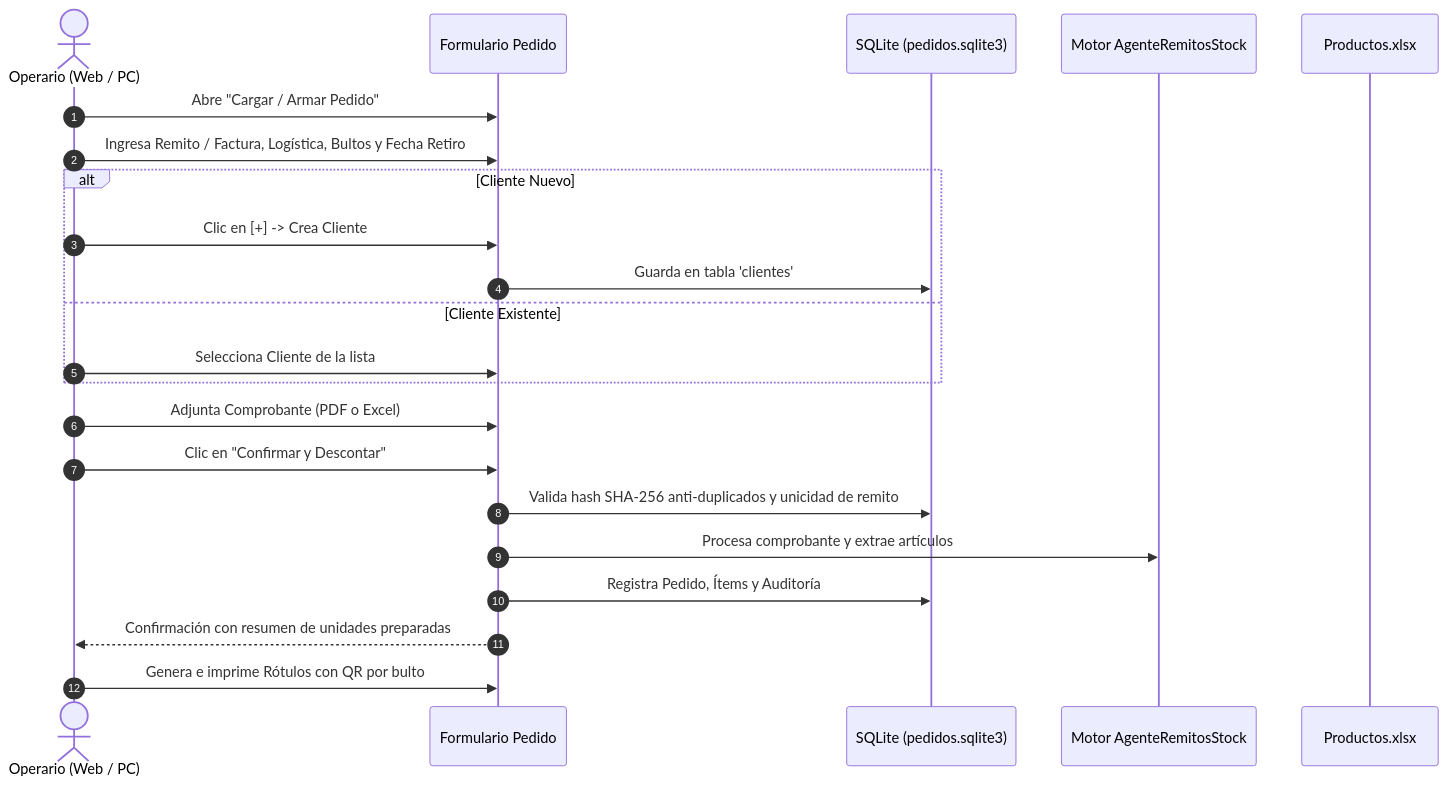
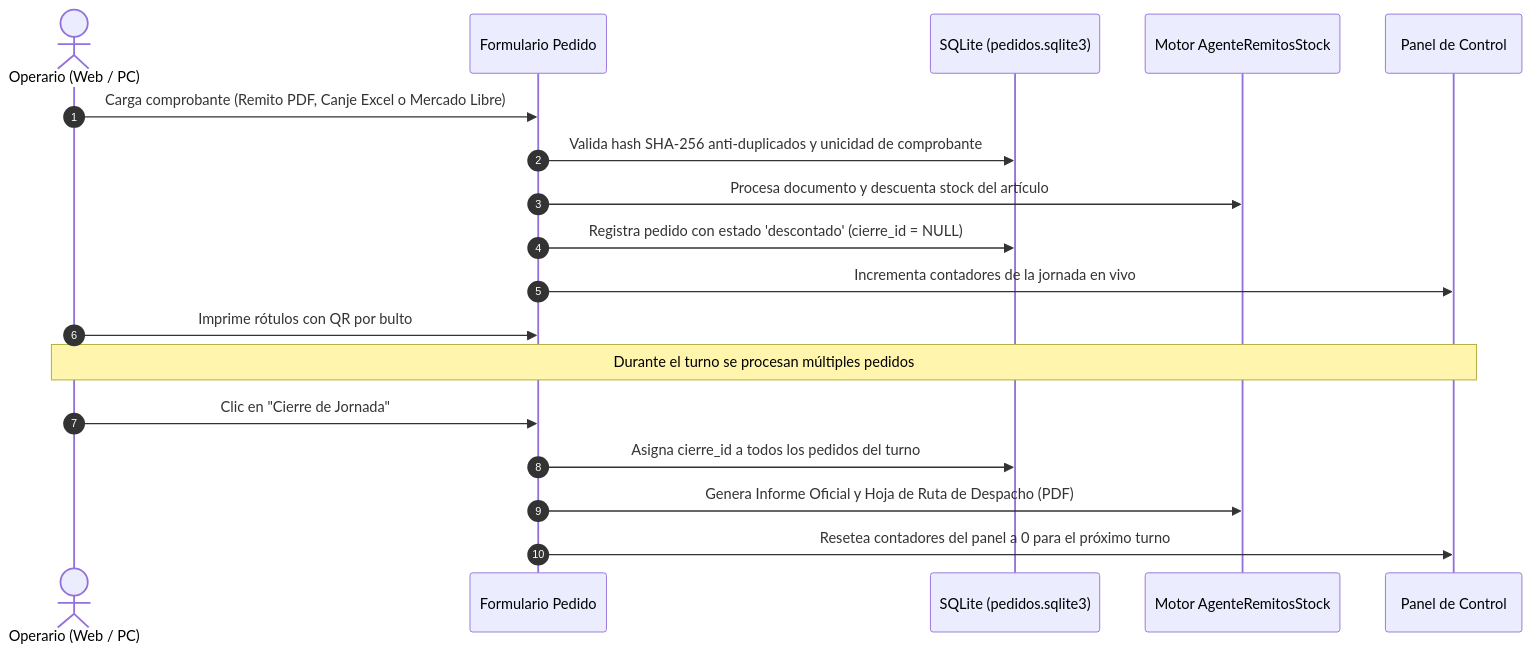
The second of 2 diagrams in README.md (Kniball4726/Agentes), drawn with Mermaid before and after one commit. The commit also changed other lines of this file and 32 other files, not shown here.

````diff
--- a/README.md
+++ b/README.md
@@ -265,25 +288,21 @@
 ```mermaid
 sequenceDiagram
     autonumber
     actor Op as Operario (Web / PC)
     participant UI as Formulario Pedido
     participant DB as SQLite (pedidos.sqlite3)
     participant Core as Motor AgenteRemitosStock
-    participant XL as Productos.xlsx
+    participant Dash as Panel de Control
 
-    Op->>UI: Abre "Cargar / Armar Pedido"
-    Op->>UI: Ingresa Remito / Factura, Logística, Bultos y Fecha Retiro
-    alt Cliente Nuevo
-        Op->>UI: Clic en [+] -> Crea Cliente
-        UI->>DB: Guarda en tabla 'clientes'
-    else Cliente Existente
-        Op->>UI: Selecciona Cliente de la lista
-    end
-    Op->>UI: Adjunta Comprobante (PDF o Excel)
-    Op->>UI: Clic en "Confirmar y Descontar"
-    UI->>DB: Valida hash SHA-256 anti-duplicados y unicidad de remito
-    UI->>Core: Procesa comprobante y extrae artículos
-    UI->>DB: Registra Pedido, Ítems y Auditoría
-    UI-->>Op: Confirmación con resumen de unidades preparadas
-    Op->>UI: Genera e imprime Rótulos con QR por bulto
+    Op->>UI: Carga comprobante (Remito PDF, Canje Excel o Mercado Libre)
+    UI->>DB: Valida hash SHA-256 anti-duplicados y unicidad de comprobante
+    UI->>Core: Procesa documento y descuenta stock del artículo
+    UI->>DB: Registra pedido con estado 'descontado' (cierre_id = NULL)
+    UI->>Dash: Incrementa contadores de la jornada en vivo
+    Op->>UI: Imprime rótulos con QR por bulto
+    Note over Op,Dash: Durante el turno se procesan múltiples pedidos
+    Op->>UI: Clic en "Cierre de Jornada"
+    UI->>DB: Asigna cierre_id a todos los pedidos del turno
+    UI->>Core: Genera Informe Oficial y Hoja de Ruta de Despacho (PDF)
+    UI->>Dash: Resetea contadores del panel a 0 para el próximo turno
 ```
````
